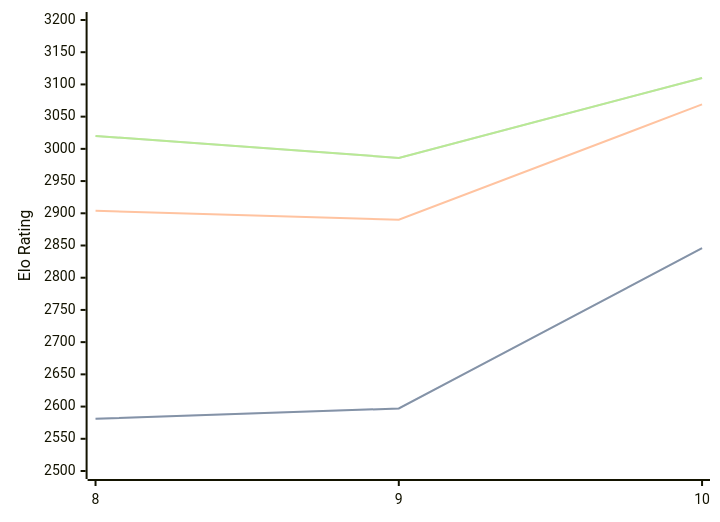
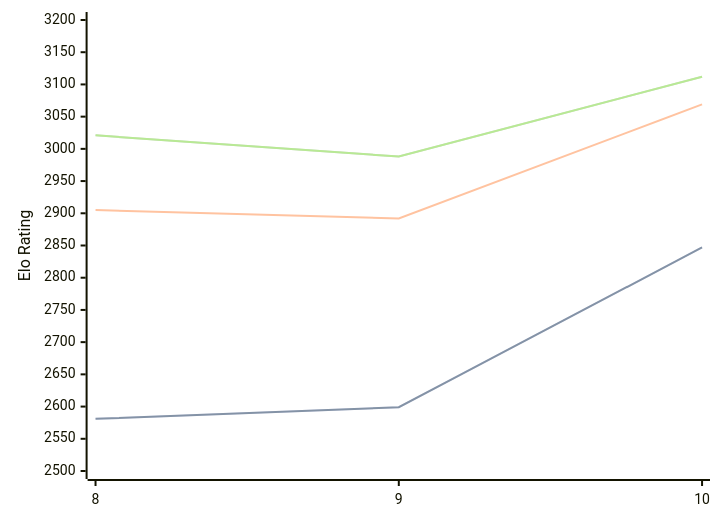
One commit to computer-chess-index/cci changed the diagram in engines/Lozza.md. Above: the diagram before and after it, drawn with Mermaid. The commit also changed other lines of this file, not shown here.

Commit message:
Update CCI Ratings (ELO VLTC) - 2026-07-23

````diff
--- a/engines/Lozza.md
+++ b/engines/Lozza.md
@@ -41,11 +41,11 @@
 ```mermaid
 %%{init: {"theme":"base","themeVariables":{"seriesColors:['#a3a3a3','#222221','#faa371']}}}%%
 xychart-beta
   x-axis ["8", "9", "10"]
   y-axis "Elo Rating" 2500 --> 3200
-  line "STC (8.0+0.08s)" [2581, 2597, 2846]
-  line "STC (8.0+0.08s)" [2581, 2597, 2846]
-  line "LTC (60.0+0.60s)" [2904, 2890, 3069]
-  line "VLTC (2m24s+1.12s)" [3020, 2986, 3110]
-  line "VLTC (2m24s+1.12s)" [3020, 2986, 3110]
+  line "STC (8.0+0.08s)" [2581, 2599, 2847]
+  line "STC (8.0+0.08s)" [2581, 2599, 2847]
+  line "LTC (60.0+0.60s)" [2905, 2892, 3069]
+  line "VLTC (2m24s+1.12s)" [3021, 2988, 3112]
+  line "VLTC (2m24s+1.12s)" [3021, 2988, 3112]
 ```
````
